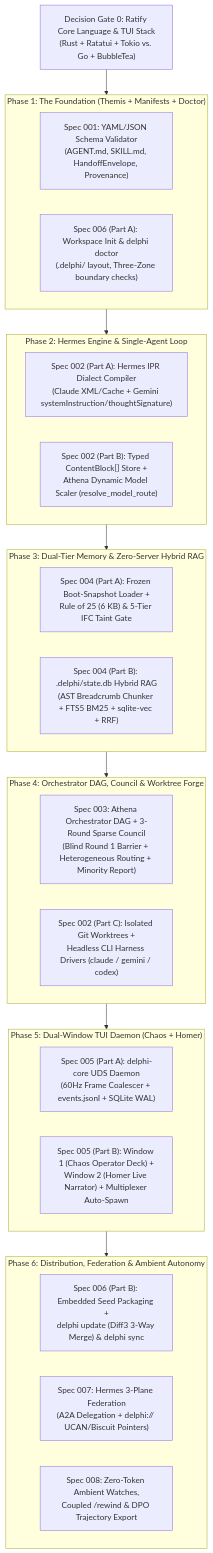
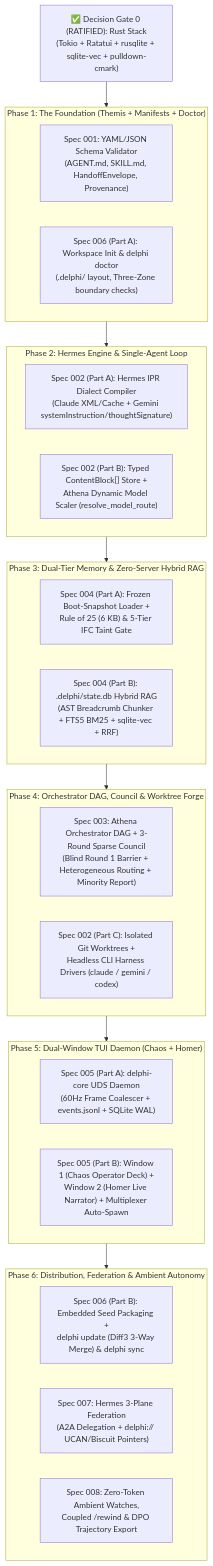
Before and after one commit to jessevondoom/delphi: the diagram in missions/2026-10-23-foundational-design/roadmap.md, drawn with Mermaid. The commit also changed other lines of this file and 2 other files, not shown here.

Commit message:
docs(roadmap): ratify Decision Gate 0 as Rust stack; keep Gates 1-2 open

````diff
--- a/missions/2026-10-23-foundational-design/roadmap.md
+++ b/missions/2026-10-23-foundational-design/roadmap.md
@@ -21,45 +21,45 @@
 ```mermaid
 flowchart TD
-    Dec0["Decision Gate 0: Ratify Core Language & TUI Stack\n(Rust + Ratatui + Tokio vs. Go + BubbleTea)"] --> Phase1
+    Dec0["✅ Decision Gate 0 (RATIFIED): Rust Stack\n(Tokio + Ratatui + rusqlite + sqlite-vec + pulldown-cmark)"] --> Phase1
     
     subgraph Phase1 ["Phase 1: The Foundation (Themis + Manifests + Doctor)"]
         P1A["Spec 001: YAML/JSON Schema Validator\n(AGENT.md, SKILL.md, HandoffEnvelope, Provenance)"]
         P1B["Spec 006 (Part A): Workspace Init & delphi doctor\n(.delphi/ layout, Three-Zone boundary checks)"]
     end
 
     Phase1 --> Phase2
 
     subgraph Phase2 ["Phase 2: Hermes Engine & Single-Agent Loop"]
         P2A["Spec 002 (Part A): Hermes IPR Dialect Compiler\n(Claude XML/Cache + Gemini systemInstruction/thoughtSignature)"]
         P2B["Spec 002 (Part B): Typed ContentBlock[] Store +\nAthena Dynamic Model Scaler (resolve_model_route)"]
     end
 
     Phase2 --> Phase3
 
     subgraph Phase3 ["Phase 3: Dual-Tier Memory & Zero-Server Hybrid RAG"]
         P3A["Spec 004 (Part A): Frozen Boot-Snapshot Loader +\nRule of 25 (6 KB) & 5-Tier IFC Taint Gate"]
         P3B["Spec 004 (Part B): .delphi/state.db Hybrid RAG\n(AST Breadcrumb Chunker + FTS5 BM25 + sqlite-vec + RRF)"]
     end
 
     Phase3 --> Phase4
 
     subgraph Phase4 ["Phase 4: Orchestrator DAG, Council & Worktree Forge"]
         P4A["Spec 003: Athena Orchestrator DAG + 3-Round Sparse Council\n(Blind Round 1 Barrier + Heterogeneous Routing + Minority Report)"]
         P4B["Spec 002 (Part C): Isolated Git Worktrees +\nHeadless CLI Harness Drivers (claude / gemini / codex)"]
     end
 
     Phase4 --> Phase5
 
     subgraph Phase5 ["Phase 5: Dual-Window TUI Daemon (Chaos + Homer)"]
         P5A["Spec 005 (Part A): delphi-core UDS Daemon\n(60Hz Frame Coalescer + events.jsonl + SQLite WAL)"]
         P5B["Spec 005 (Part B): Window 1 (Chaos Operator Deck) +\nWindow 2 (Homer Live Narrator) + Multiplexer Auto-Spawn"]
     end
 
     Phase5 --> Phase6
 
     subgraph Phase6 ["Phase 6: Distribution, Federation & Ambient Autonomy"]
         P6A["Spec 006 (Part B): Embedded Seed Packaging +\ndelphi update (Diff3 3-Way Merge) & delphi sync"]
         P6B["Spec 007: Hermes 3-Plane Federation\n(A2A Delegation + delphi:// UCAN/Biscuit Pointers)"]
         P6C["Spec 008: Zero-Token Ambient Watches,\nCoupled /rewind & DPO Trajectory Export"]
     end
 ```
````
